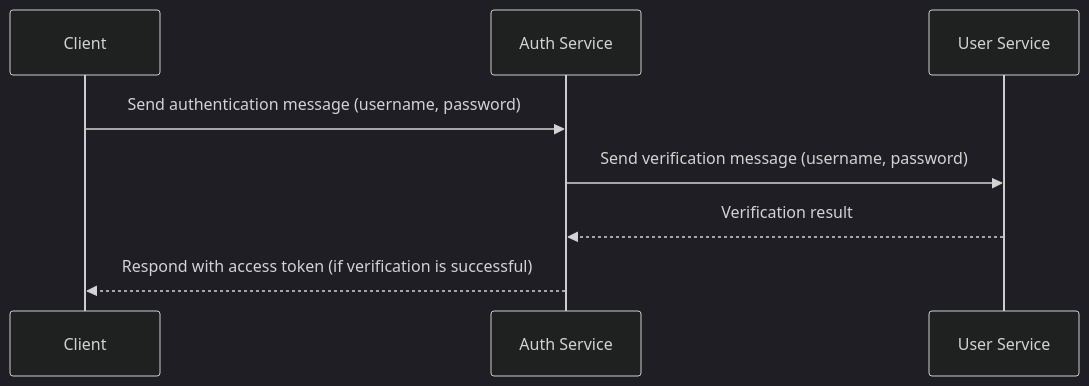
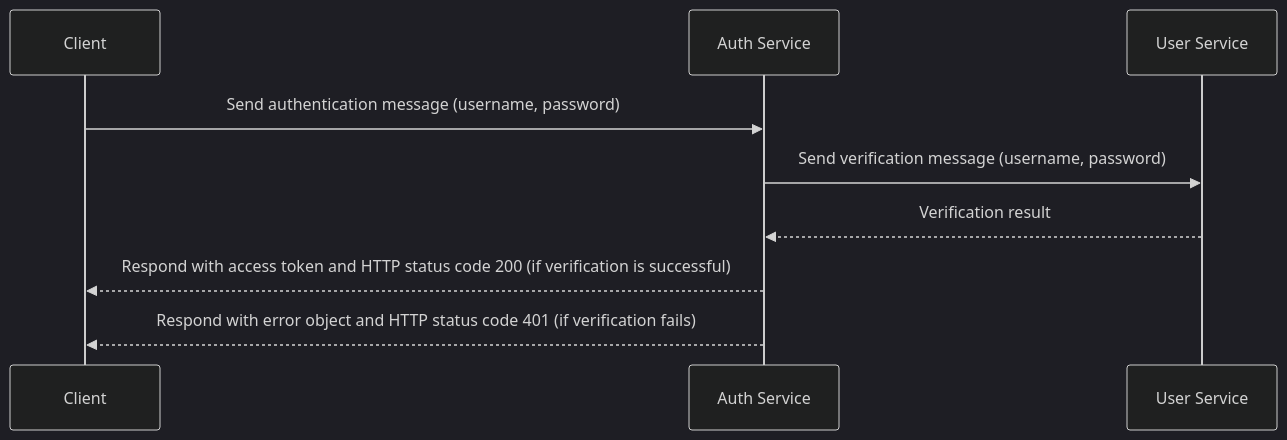
The diagram in auth/README.md (KalGookSoo/springboot-msa), drawn with Mermaid (dark theme) before and after one commit. The commit also changed other lines of this file and 12 other files, not shown here.

````diff
--- a/auth/README.md
+++ b/auth/README.md
@@ -70,11 +75,12 @@
 ```mermaid
 sequenceDiagram
     participant Client
     participant Auth Service
     participant User Service
 
     Client->>Auth Service: Send authentication message (username, password)
     Auth Service->>User Service: Send verification message (username, password)
     User Service-->>Auth Service: Verification result
-    Auth Service-->>Client: Respond with access token (if verification is successful)
+    Auth Service-->>Client: Respond with access token and HTTP status code 200 (if verification is successful)
+    Auth Service-->>Client: Respond with error object and HTTP status code 401 (if verification fails)
 ```
````
